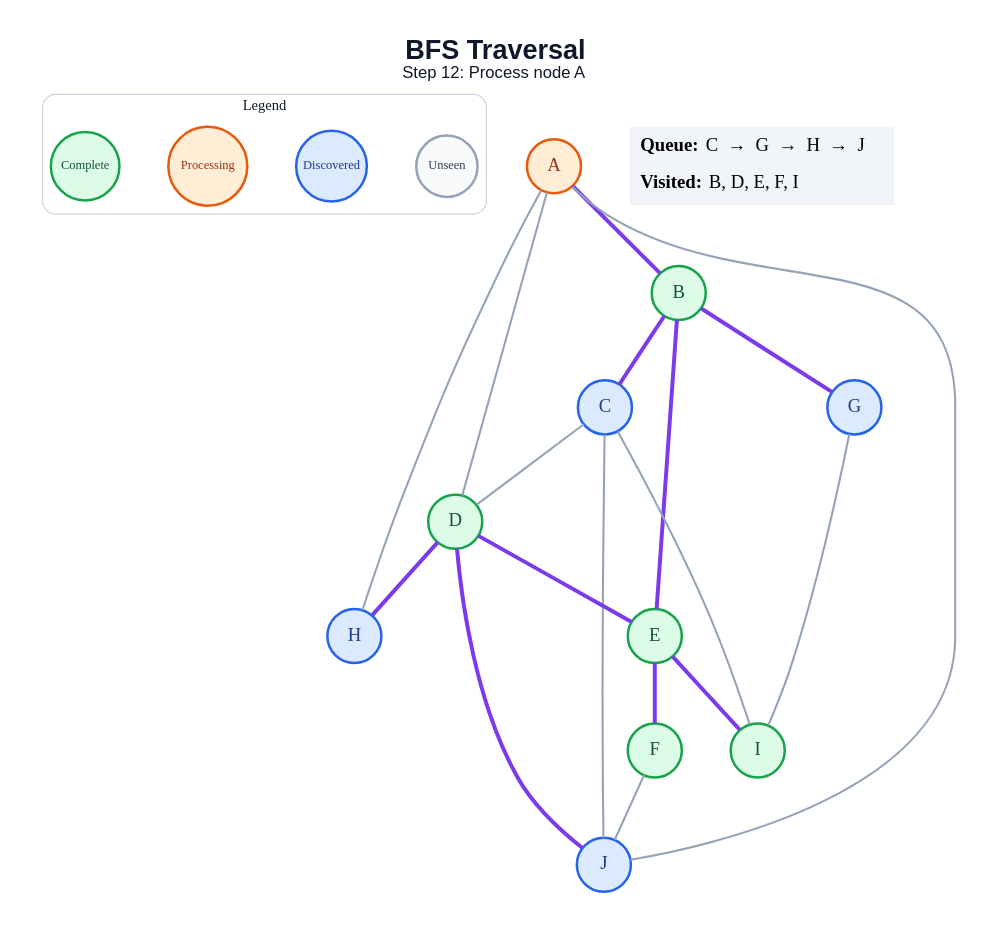
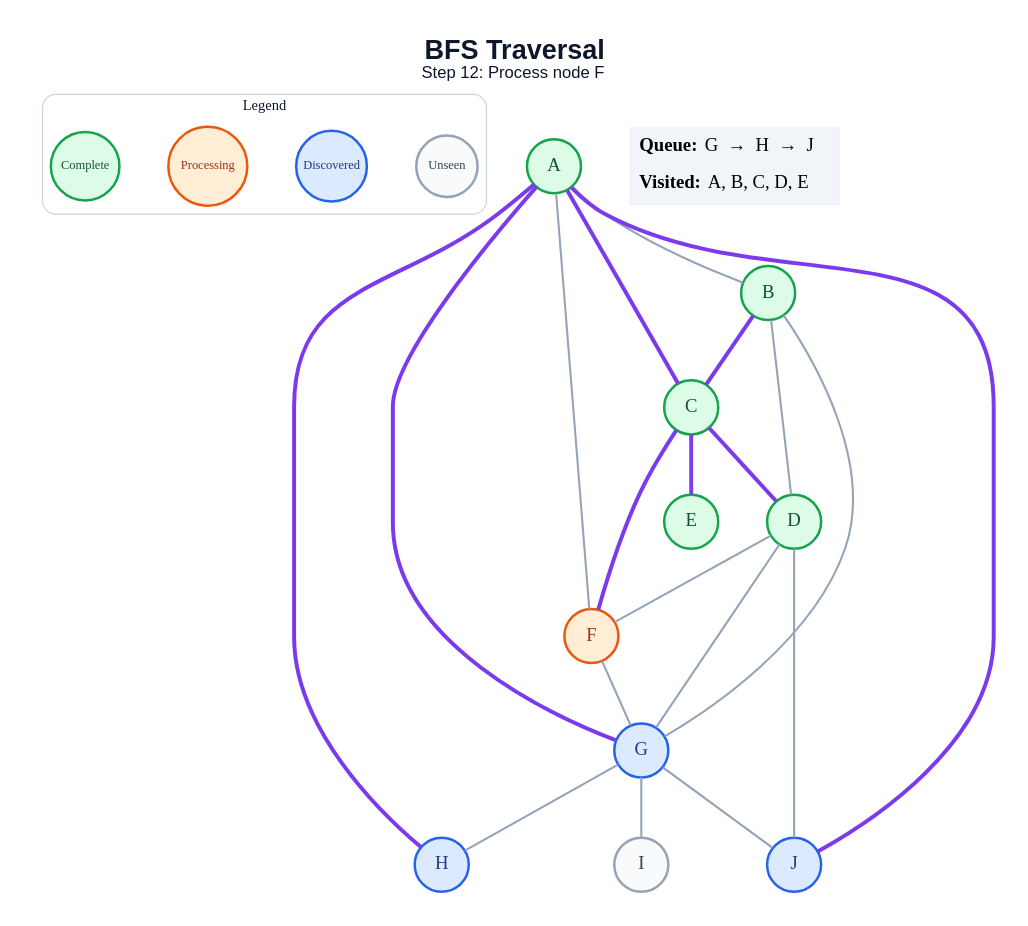
The diagram in generated/specific-node/bfs/step_12.dot (amanghodawala9/ai-slop), drawn with Graphviz before and after one commit. The commit also changed 178 other files, not shown here.

```diff
--- a/generated/specific-node/bfs/step_12.dot
+++ b/generated/specific-node/bfs/step_12.dot
@@ -1,46 +1,48 @@
 graph traversal {
   graph [layout=dot, rankdir=TB, bgcolor="#FFFFFF", pad="0.35", nodesep="0.65", ranksep="0.8", fontname="Arial"];
   node [shape=circle, style="filled", fontname="Arial Bold", fontsize=18, width=0.72, fixedsize=true, penwidth=2.4];
   edge [color="#94A3B8", penwidth=2.0];
-  label=<<B>BFS Traversal</B><BR/><FONT POINT-SIZE="16">Step 12: Process node A</FONT>>; labelloc="t"; fontsize=26; fontname="Arial"; fontcolor="#0F172A";
+  label=<<B>BFS Traversal</B><BR/><FONT POINT-SIZE="16">Step 12: Process node F</FONT>>; labelloc="t"; fontsize=26; fontname="Arial"; fontcolor="#0F172A";
   subgraph cluster_legend { label="Legend"; color="#CBD5E1"; penwidth=1.2; style="rounded"; fontsize=14; fontname="Arial Bold";
     key_unseen [label="Unseen", fillcolor="#F8FAFC", color="#94A3B8", fontcolor="#334155", fontsize=12, width=0.82];
     key_frontier [label="Discovered", fillcolor="#DBEAFE", color="#2563EB", fontcolor="#1E3A8A", fontsize=12, width=0.95];
     key_current [label="Processing", fillcolor="#FFEDD5", color="#EA580C", fontcolor="#9A3412", fontsize=12, width=1.05];
     key_done [label="Complete", fillcolor="#DCFCE7", color="#16A34A", fontcolor="#14532D", fontsize=12, width=0.92];
     { rank=same; key_unseen; key_frontier; key_current; key_done; }
   }
-  A [fillcolor="#FFEDD5", color="#EA580C", fontcolor="#9A3412"];
+  A [fillcolor="#DCFCE7", color="#16A34A", fontcolor="#14532D"];
   B [fillcolor="#DCFCE7", color="#16A34A", fontcolor="#14532D"];
-  C [fillcolor="#DBEAFE", color="#2563EB", fontcolor="#1E3A8A"];
+  C [fillcolor="#DCFCE7", color="#16A34A", fontcolor="#14532D"];
   D [fillcolor="#DCFCE7", color="#16A34A", fontcolor="#14532D"];
   E [fillcolor="#DCFCE7", color="#16A34A", fontcolor="#14532D"];
-  F [fillcolor="#DCFCE7", color="#16A34A", fontcolor="#14532D"];
+  F [fillcolor="#FFEDD5", color="#EA580C", fontcolor="#9A3412"];
   G [fillcolor="#DBEAFE", color="#2563EB", fontcolor="#1E3A8A"];
   H [fillcolor="#DBEAFE", color="#2563EB", fontcolor="#1E3A8A"];
-  I [fillcolor="#DCFCE7", color="#16A34A", fontcolor="#14532D"];
+  I [fillcolor="#F8FAFC", color="#94A3B8", fontcolor="#334155"];
   J [fillcolor="#DBEAFE", color="#2563EB", fontcolor="#1E3A8A"];
-  A -- B [color="#7C3AED", penwidth=3.8];
-  A -- D;
-  A -- H;
-  A -- J;
+  A -- B;
+  A -- C [color="#7C3AED", penwidth=3.8];
+  A -- F;
+  A -- G [color="#7C3AED", penwidth=3.8];
+  A -- H [color="#7C3AED", penwidth=3.8];
+  A -- J [color="#7C3AED", penwidth=3.8];
   B -- C [color="#7C3AED", penwidth=3.8];
-  B -- E [color="#7C3AED", penwidth=3.8];
-  B -- G [color="#7C3AED", penwidth=3.8];
-  C -- D;
-  C -- I;
-  C -- J;
-  D -- E [color="#7C3AED", penwidth=3.8];
-  D -- H [color="#7C3AED", penwidth=3.8];
-  D -- J [color="#7C3AED", penwidth=3.8];
-  E -- F [color="#7C3AED", penwidth=3.8];
-  E -- I [color="#7C3AED", penwidth=3.8];
-  F -- J;
+  B -- D;
+  B -- G;
+  C -- D [color="#7C3AED", penwidth=3.8];
+  C -- E [color="#7C3AED", penwidth=3.8];
+  C -- F [color="#7C3AED", penwidth=3.8];
+  D -- F;
+  D -- G;
+  D -- J;
+  F -- G;
+  G -- H;
   G -- I;
+  G -- J;
   status [shape=plain, fixedsize=false, width=0, height=0, margin=0, label=<
     <TABLE BORDER="0" CELLBORDER="0" CELLPADDING="7" BGCOLOR="#F1F5F9">
-      <TR><TD ALIGN="LEFT"><B>Queue:</B> C  →  G  →  H  →  J</TD></TR>
-      <TR><TD ALIGN="LEFT"><B>Visited:</B> B, D, E, F, I</TD></TR>
+      <TR><TD ALIGN="LEFT"><B>Queue:</B> G  →  H  →  J</TD></TR>
+      <TR><TD ALIGN="LEFT"><B>Visited:</B> A, B, C, D, E</TD></TR>
     </TABLE>
   >];
 }
```
